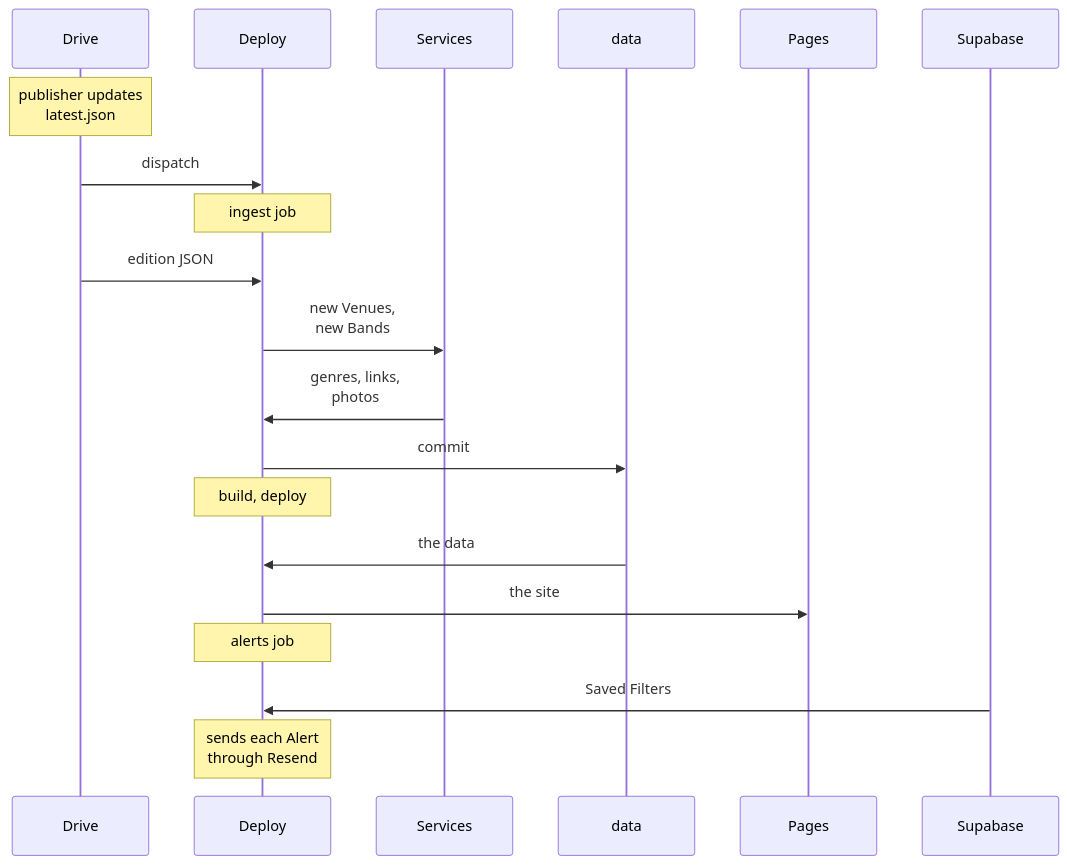
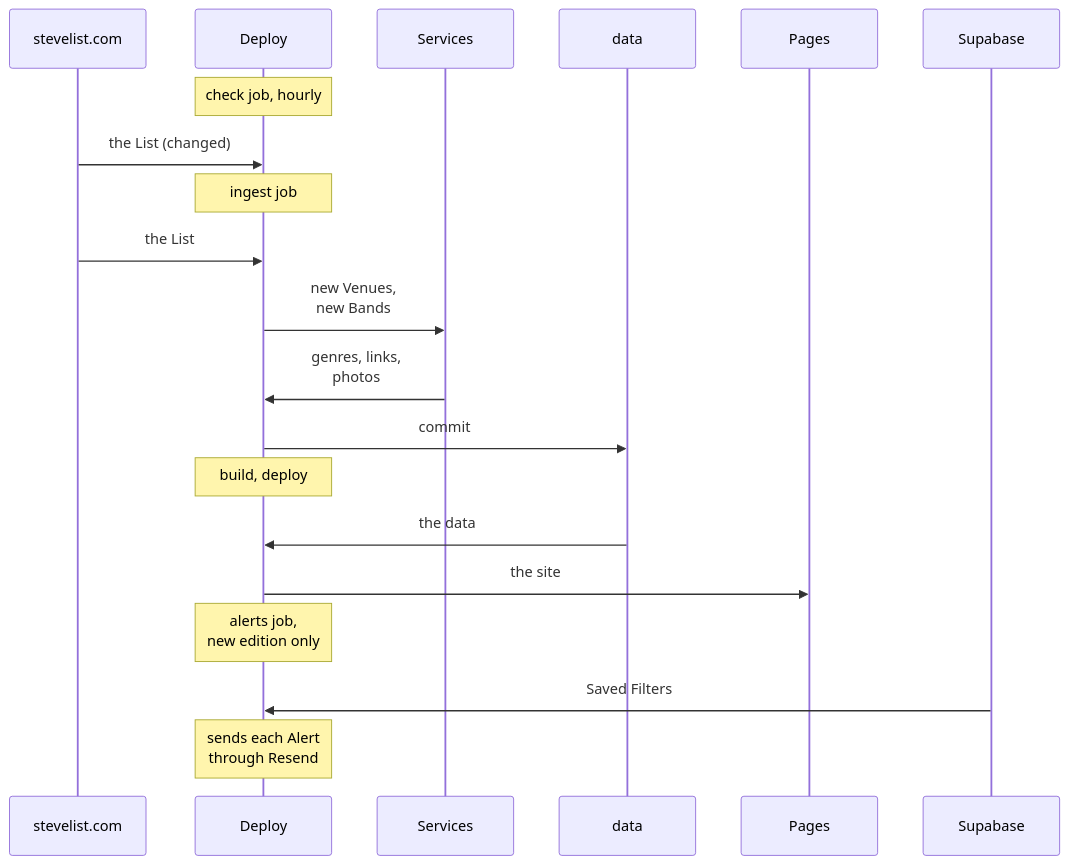
One commit to jsturgis/the_list changed the sixth of 6 diagrams in docs/guide/architecture.md. Above: the diagram before and after it, drawn with Mermaid. The commit also changed other lines of this file and 77 other files, not shown here.

First line of the commit message:
Read the List from stevelist.com hourly; drop the email and Drive flow

````diff
--- a/docs/guide/architecture.md
+++ b/docs/guide/architecture.md
@@ -217,24 +220,24 @@
 ```mermaid
 sequenceDiagram
-  accTitle: The weekly run
-  accDescr: The Drive publisher updates latest.json and dispatches Deploy. The ingest job reads the edition from Drive, looks new Venues and Bands up on the services and commits to the data branch. The build and deploy jobs publish the site to Pages. The alerts job reads Saved Filters from Supabase and sends each person's Alert through Resend.
-  participant Drive
+  accTitle: A new edition
+  accDescr: The check job fetches Steve's page and finds it changed. The ingest job reads the page, looks new Venues and Bands up on the services and commits to the data branch. The build and deploy jobs publish the site to Pages. The alerts job reads Saved Filters from Supabase and sends each person's Alert through Resend.
+  participant Steve as stevelist.com
   participant GH as Deploy
   participant Svc as Services
   participant Data as data
   participant Pages
   participant SB as Supabase
-  Note over Drive: publisher updates<br/>latest.json
-  Drive->>GH: dispatch
+  Note over GH: check job, hourly
+  Steve->>GH: the List (changed)
   Note over GH: ingest job
-  Drive->>GH: edition JSON
+  Steve->>GH: the List
   GH->>Svc: new Venues,<br/>new Bands
   Svc->>GH: genres, links,<br/>photos
   GH->>Data: commit
   Note over GH: build, deploy
   Data->>GH: the data
   GH->>Pages: the site
-  Note over GH: alerts job
+  Note over GH: alerts job,<br/>new edition only
   SB->>GH: Saved Filters
   Note over GH: sends each Alert<br/>through Resend
 ```
````
